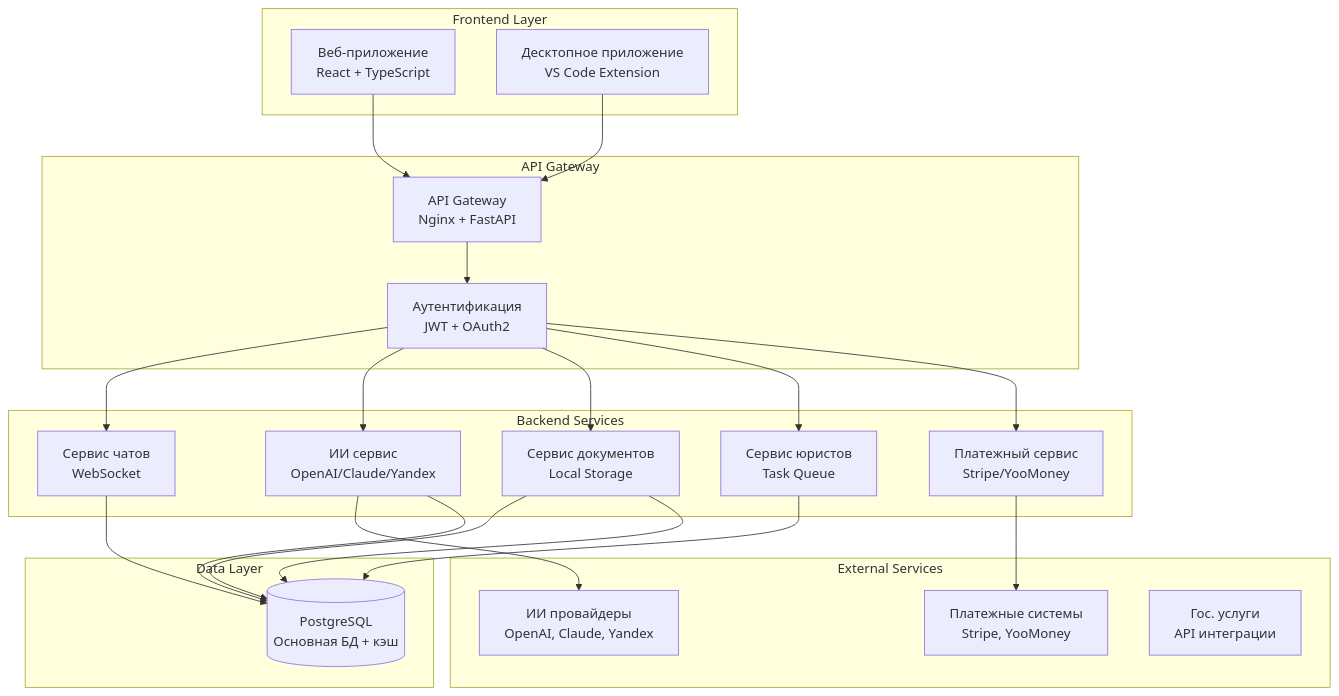
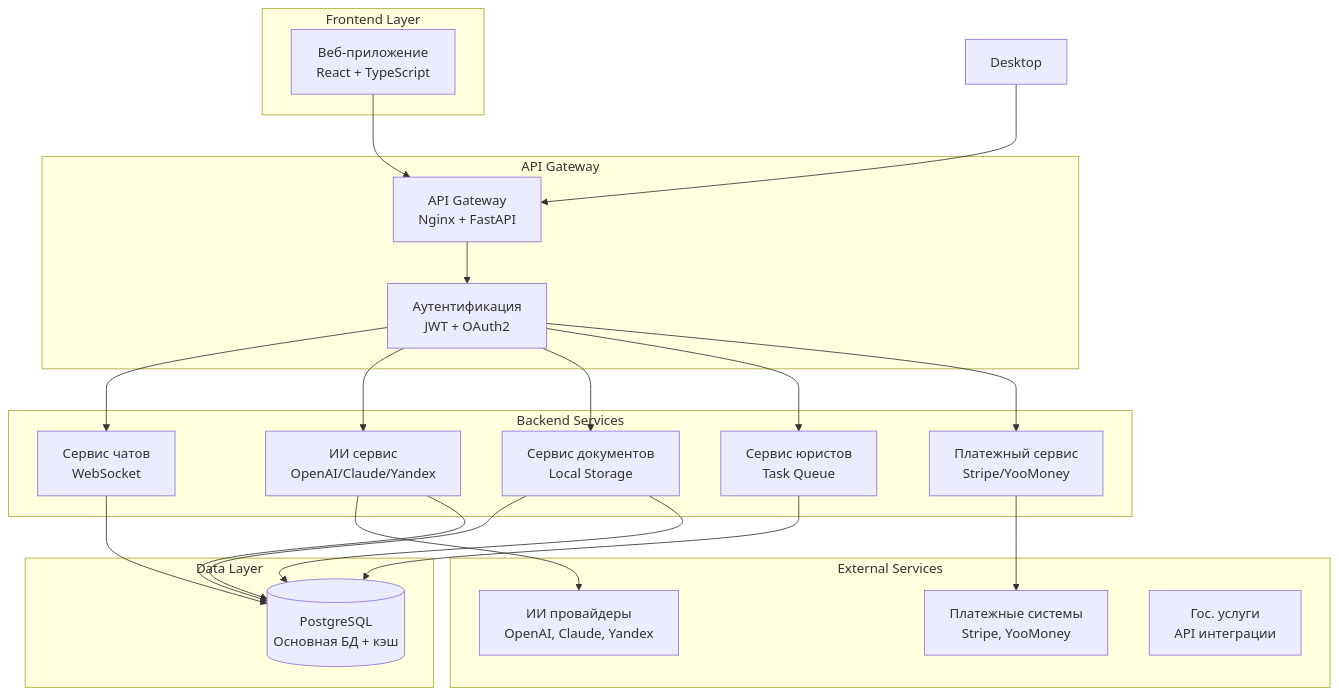
The diagram in docs/architecture.md (Vladimir329227/AI-integrated-legal-service), drawn with Mermaid before and after one commit. The commit also changed other lines of this file and 10 other files, not shown here.

````diff
--- a/docs/architecture.md
+++ b/docs/architecture.md
@@ -12,48 +11,47 @@
 ```mermaid
 graph TB
     subgraph "Frontend Layer"
         Web[Веб-приложение<br/>React + TypeScript]
-        Desktop[Десктопное приложение<br/>VS Code Extension]
     end
     
     subgraph "API Gateway"
         Gateway[API Gateway<br/>Nginx + FastAPI]
         Auth[Аутентификация<br/>JWT + OAuth2]
     end
     
     subgraph "Backend Services"
         ChatService[Сервис чатов<br/>WebSocket]
         AIService[ИИ сервис<br/>OpenAI/Claude/Yandex]
         DocumentService[Сервис документов<br/>Local Storage]
         LawyerService[Сервис юристов<br/>Task Queue]
         PaymentService[Платежный сервис<br/>Stripe/YooMoney]
     end
     
     subgraph "Data Layer"
         PostgreSQL[(PostgreSQL<br/>Основная БД + кэш)]
     end
     
     subgraph "External Services"
         AIProviders[ИИ провайдеры<br/>OpenAI, Claude, Yandex]
         PaymentProviders[Платежные системы<br/>Stripe, YooMoney]
         GovServices[Гос. услуги<br/>API интеграции]
     end
     
     Web --> Gateway
     Desktop --> Gateway
     Gateway --> Auth
     Auth --> ChatService
     Auth --> AIService
     Auth --> DocumentService
     Auth --> LawyerService
     Auth --> PaymentService
     
     ChatService --> PostgreSQL
     AIService --> AIProviders
     DocumentService --> PostgreSQL
     LawyerService --> PostgreSQL
     PaymentService --> PaymentProviders
     
     AIService --> PostgreSQL
     DocumentService --> PostgreSQL
 ```
````
